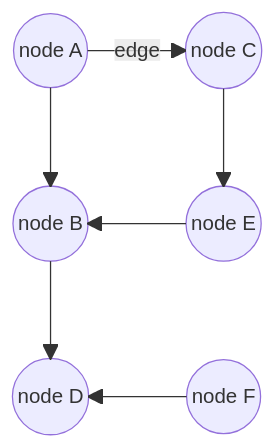
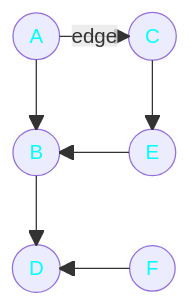
Before and after one commit to BradleyGilden/DSA-Practice: the first of 2 diagrams in Graphs/GraphsSummary.md, drawn with Mermaid. The commit also changed other lines of this file, not shown here.

Commit message:
directed and undirected graphs

````diff
--- a/Graphs/GraphsSummary.md
+++ b/Graphs/GraphsSummary.md
@@ -6,20 +9,16 @@
 ```mermaid
----
-title: Directed Graph
----
-
   block-beta
   columns 3
-  A(("node A")) space C(("node C"))
+  A(("<font color='cyan'>&nbsp;&nbsp;A&nbsp;&nbsp;</font>")) space C(("<font color='cyan'>&nbsp;&nbsp;C&nbsp;&nbsp;</font>"))
   space space space
-  B(("node B")) space E(("node E"))
+  B(("<font color='cyan'>&nbsp;&nbsp;B&nbsp;&nbsp;</font>")) space E(("<font color='cyan'>&nbsp;&nbsp;E&nbsp;&nbsp;</font>"))
   space space space
-  D(("node D")) space F(("node F"))
+  D(("<font color='cyan'>&nbsp;&nbsp;D&nbsp;&nbsp;</font>")) space F(("<font color='cyan'>&nbsp;&nbsp;F&nbsp;&nbsp;</font>"))
   A--"edge"-->C
   C-->E
   E-->B
   A-->B
   F-->D
   B-->D
 
 ```
````
